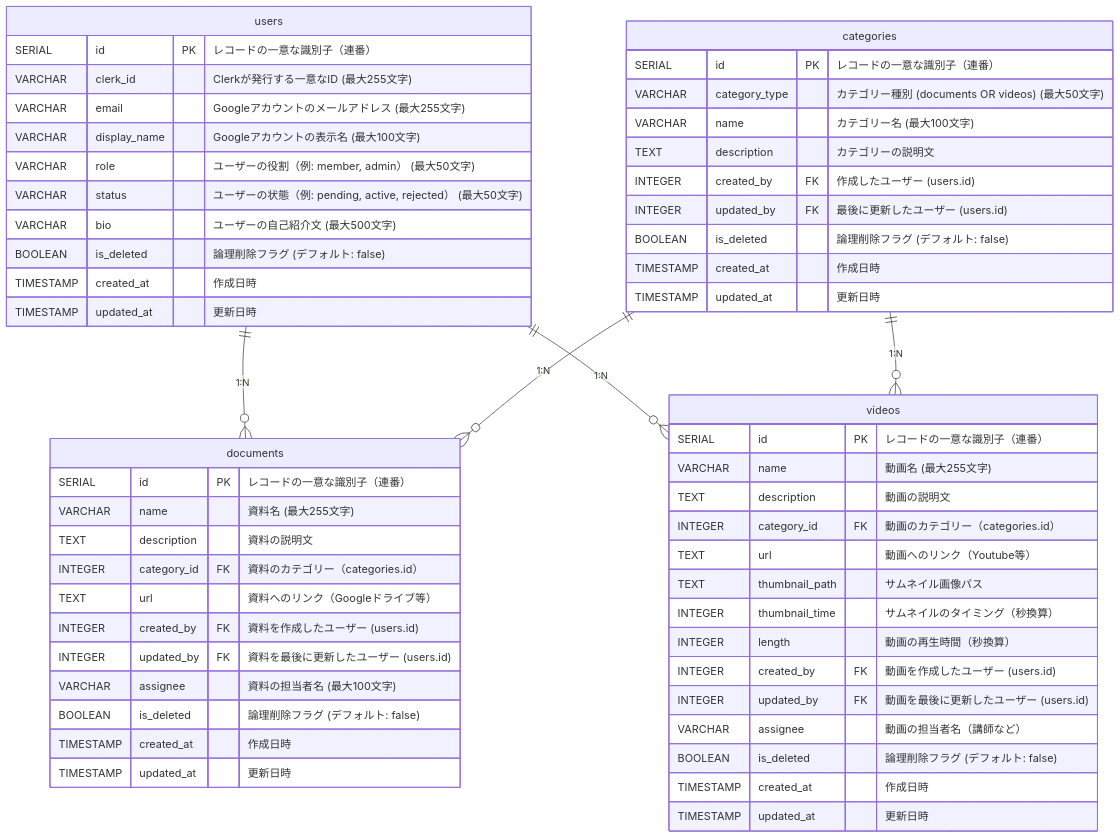
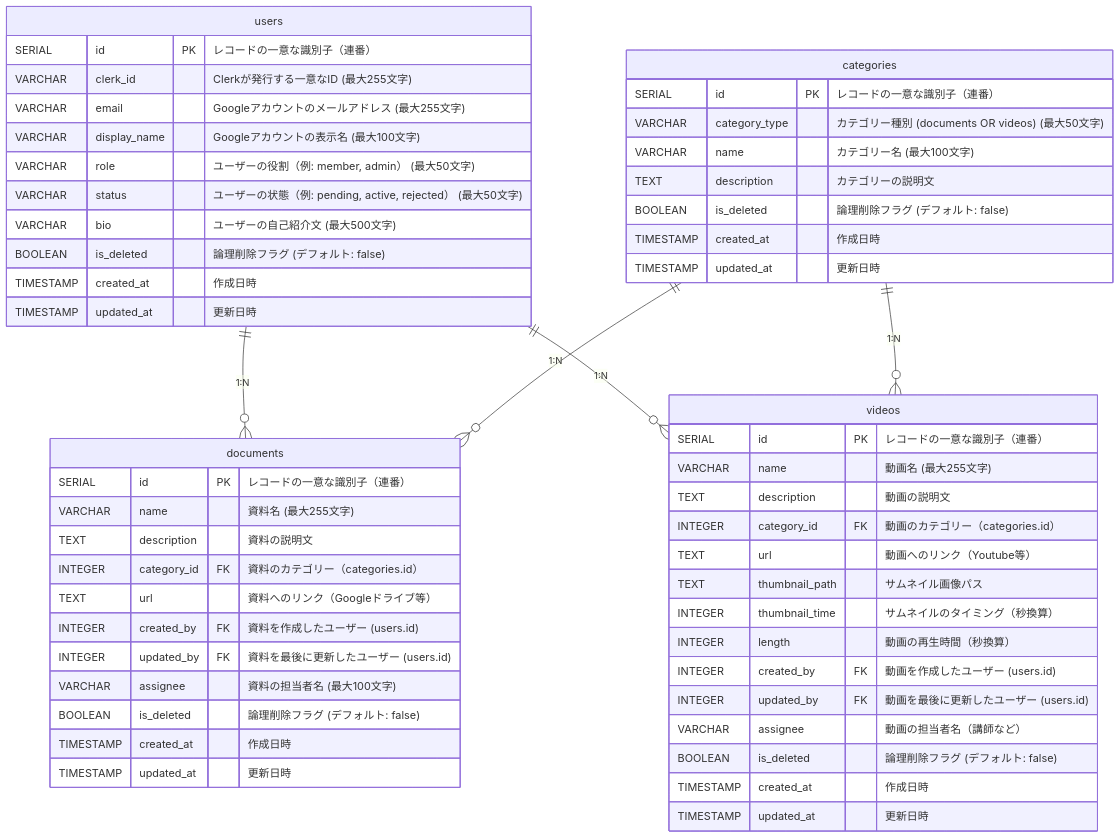
The diagram in docs/database.md (Singuralitylabs/portal-site), drawn with Mermaid before and after one commit. The commit also changed other lines of this file and 4 other files, not shown here.

````diff
--- a/docs/database.md
+++ b/docs/database.md
@@ -94,63 +92,61 @@
 ```mermaid
 erDiagram
     users {
         SERIAL id PK "レコードの一意な識別子（連番）"
         VARCHAR clerk_id "Clerkが発行する一意なID (最大255文字)"
         VARCHAR email "Googleアカウントのメールアドレス (最大255文字)"
         VARCHAR display_name "Googleアカウントの表示名 (最大100文字)"
         VARCHAR role "ユーザーの役割（例: member, admin） (最大50文字)"
         VARCHAR status "ユーザーの状態（例: pending, active, rejected） (最大50文字)"
         VARCHAR bio "ユーザーの自己紹介文 (最大500文字)"
         BOOLEAN is_deleted "論理削除フラグ (デフォルト: false)"
         TIMESTAMP created_at "作成日時"
         TIMESTAMP updated_at "更新日時"
     }
 
     documents {
         SERIAL id PK "レコードの一意な識別子（連番）"
         VARCHAR name "資料名 (最大255文字)"
         TEXT description "資料の説明文"
         INTEGER category_id FK "資料のカテゴリー（categories.id）"
         TEXT url "資料へのリンク（Googleドライブ等）"
         INTEGER created_by FK "資料を作成したユーザー (users.id)"
         INTEGER updated_by FK "資料を最後に更新したユーザー (users.id)"
         VARCHAR assignee "資料の担当者名 (最大100文字)"
         BOOLEAN is_deleted "論理削除フラグ (デフォルト: false)"
         TIMESTAMP created_at "作成日時"
         TIMESTAMP updated_at "更新日時"
     }
 
     videos {
         SERIAL id PK "レコードの一意な識別子（連番）"
         VARCHAR name "動画名 (最大255文字)"
         TEXT description "動画の説明文"
         INTEGER category_id FK "動画のカテゴリー（categories.id）"
         TEXT url "動画へのリンク（Youtube等）"
         TEXT thumbnail_path "サムネイル画像パス"
         INTEGER thumbnail_time "サムネイルのタイミング（秒換算）"
         INTEGER length "動画の再生時間（秒換算）"
         INTEGER created_by FK "動画を作成したユーザー (users.id)"
         INTEGER updated_by FK "動画を最後に更新したユーザー (users.id)"
         VARCHAR assignee "動画の担当者名（講師など）"
         BOOLEAN is_deleted "論理削除フラグ (デフォルト: false)"
         TIMESTAMP created_at "作成日時"
         TIMESTAMP updated_at "更新日時"
     }
 
     categories {
         SERIAL id PK "レコードの一意な識別子（連番）"
         VARCHAR category_type "カテゴリー種別 (documents OR videos) (最大50文字)"
         VARCHAR name "カテゴリー名 (最大100文字)"
         TEXT description "カテゴリーの説明文"
-        INTEGER created_by FK "作成したユーザー (users.id)"
-        INTEGER updated_by FK "最後に更新したユーザー (users.id)"
         BOOLEAN is_deleted "論理削除フラグ (デフォルト: false)"
         TIMESTAMP created_at "作成日時"
         TIMESTAMP updated_at "更新日時"
     }
 
     users ||--o{ documents : "1:N"
     users ||--o{ videos : "1:N"
     categories ||--o{ documents : "1:N"
     categories ||--o{ videos : "1:N"
 ```
````
